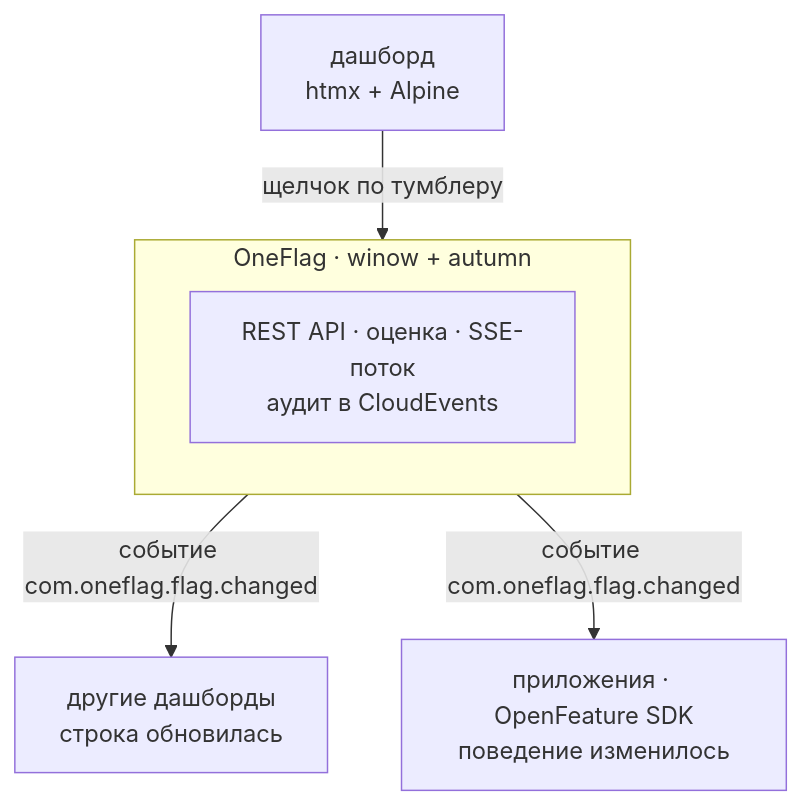
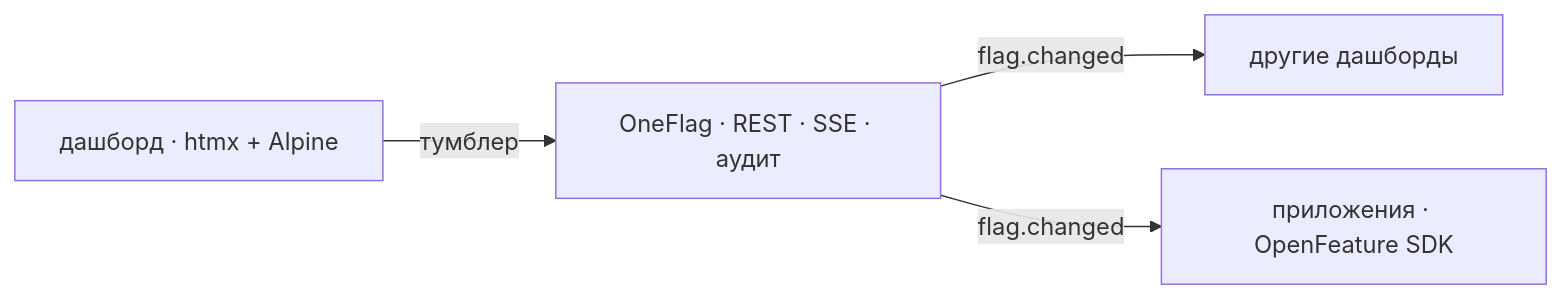
The diagram in README.md (yellow-hammer/oneflag), drawn with Mermaid before and after one commit. The commit also changed 1 other file, not shown here.

Commit message:
docs: обновили README с новым изображением дашборда и изменили архитектурную схему на Mermaid

````diff
--- a/README.md
+++ b/README.md
@@ -13,13 +15,6 @@
 ```mermaid
-flowchart TB
-  Dashboard["дашборд<br/>htmx + Alpine"]
-  subgraph Service["OneFlag · winow + autumn"]
-    Caps["REST API · оценка · SSE-поток<br/>аудит в CloudEvents"]
-  end
-  OtherDash["другие дашборды<br/>строка обновилась"]
-  Apps["приложения · OpenFeature SDK<br/>поведение изменилось"]
-
-  Dashboard -->|щелчок по тумблеру| Service
-  Service -->|событие com.oneflag.flag.changed| OtherDash
-  Service -->|событие com.oneflag.flag.changed| Apps
+flowchart LR
+  D["дашборд · htmx + Alpine"] -->|тумблер| S["OneFlag · REST · SSE · аудит"]
+  S -->|flag.changed| O["другие дашборды"]
+  S -->|flag.changed| A["приложения · OpenFeature SDK"]
 ```
````
